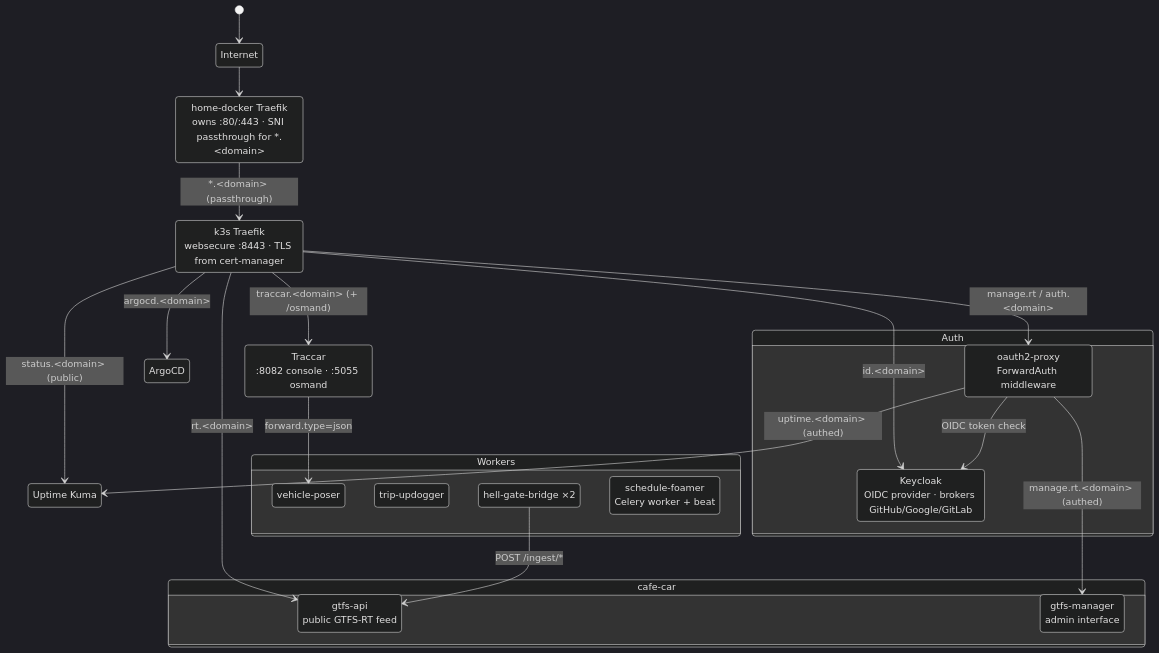
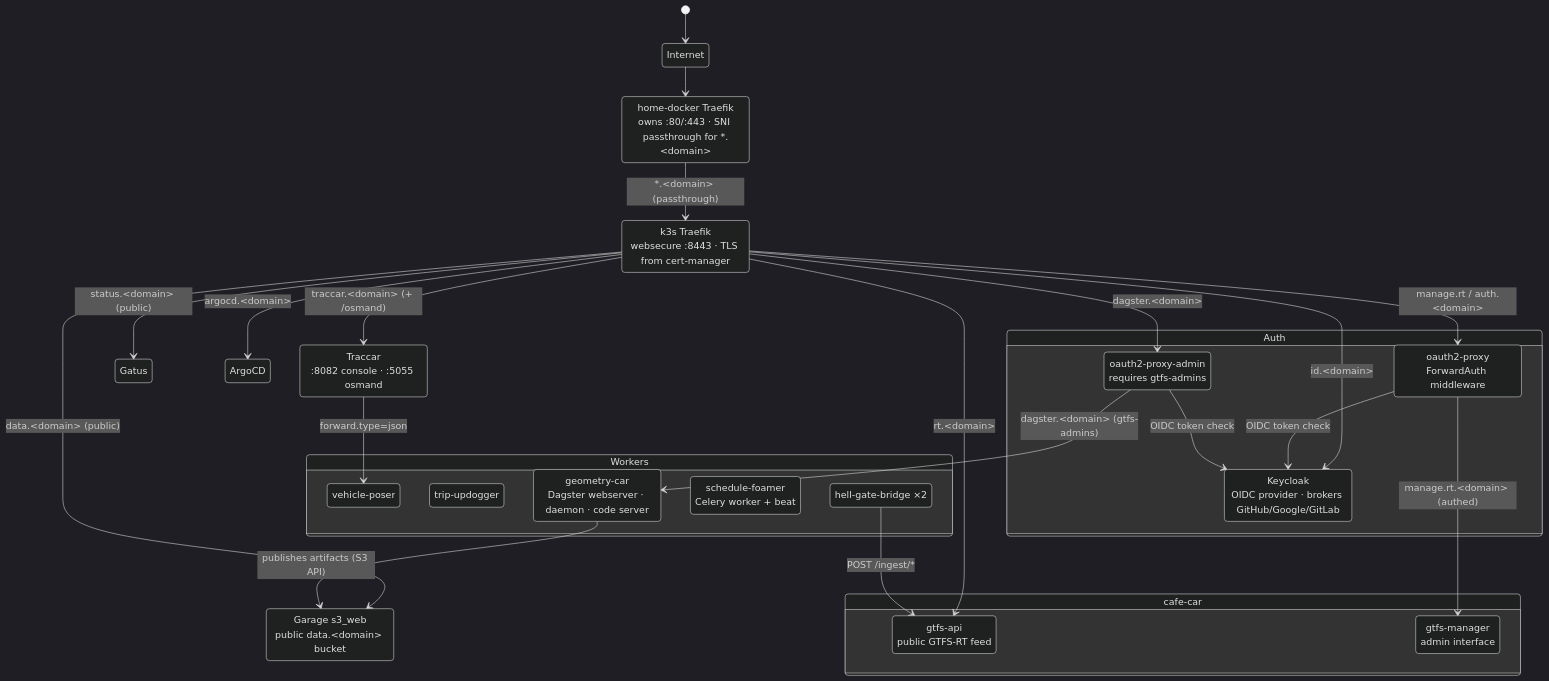
The fifth of 8 diagrams in README.md (gtfs-zone/deploy-gtfs-rt), drawn with Mermaid (dark theme) before and after one commit. The commit also changed other lines of this file and 1 other file, not shown here.

First line of the commit message:
docs: document geometry-car, globe-of-contents and the source catalog

````diff
--- a/README.md
+++ b/README.md
@@ -336,44 +344,51 @@
 ```mermaid
 stateDiagram-v2
     Internet : Internet
     edge : home-docker Traefik<br>owns :80/:443 · SNI passthrough for *.&ltdomain&gt
     tr : k3s Traefik<br>websecure :8443 · TLS from cert-manager
     tc : Traccar<br>:8082 console · :5055 osmand
-    uk : Uptime Kuma
+    gt : Gatus
     ag : ArgoCD
+    gw : Garage s3_web<br>public data.&ltdomain&gt bucket
 
     state "Auth" as auth {
         op : oauth2-proxy<br>ForwardAuth middleware
+        opa : oauth2-proxy-admin<br>requires gtfs-admins
         kc : Keycloak<br>OIDC provider · brokers GitHub/Google/GitLab
     }
 
     state "cafe-car" as application {
         cp : gtfs-api<br>public GTFS-RT feed
         ca : gtfs-manager<br>admin interface
     }
 
     state "Workers" as workers {
         vp : vehicle-poser
         tu : trip-updogger
         hgb : hell-gate-bridge ×2
         sf : schedule-foamer<br>Celery worker + beat
+        gc : geometry-car<br>Dagster webserver · daemon · code server
     }
 
     [*] --> Internet
     Internet --> edge
     edge --> tr : *.&ltdomain&gt (passthrough)
 
     tr --> cp : rt.&ltdomain&gt
     tr --> op : manage.rt / auth.&ltdomain&gt
     tr --> kc : id.&ltdomain&gt
     tr --> tc : traccar.&ltdomain&gt (+ /osmand)
-    tr --> uk : status.&ltdomain&gt (public)
+    tr --> gt : status.&ltdomain&gt (public)
     tr --> ag : argocd.&ltdomain&gt
+    tr --> gw : data.&ltdomain&gt (public)
+    tr --> opa : dagster.&ltdomain&gt
 
     op --> ca : manage.rt.&ltdomain&gt (authed)
-    op --> uk : uptime.&ltdomain&gt (authed)
     op --> kc : OIDC token check
+    opa --> gc : dagster.&ltdomain&gt (gtfs-admins)
+    opa --> kc : OIDC token check
+    gc --> gw : publishes artifacts (S3 API)
 
     tc --> vp : forward.type=json
     hgb --> cp : POST /ingest/*
 ```
````
